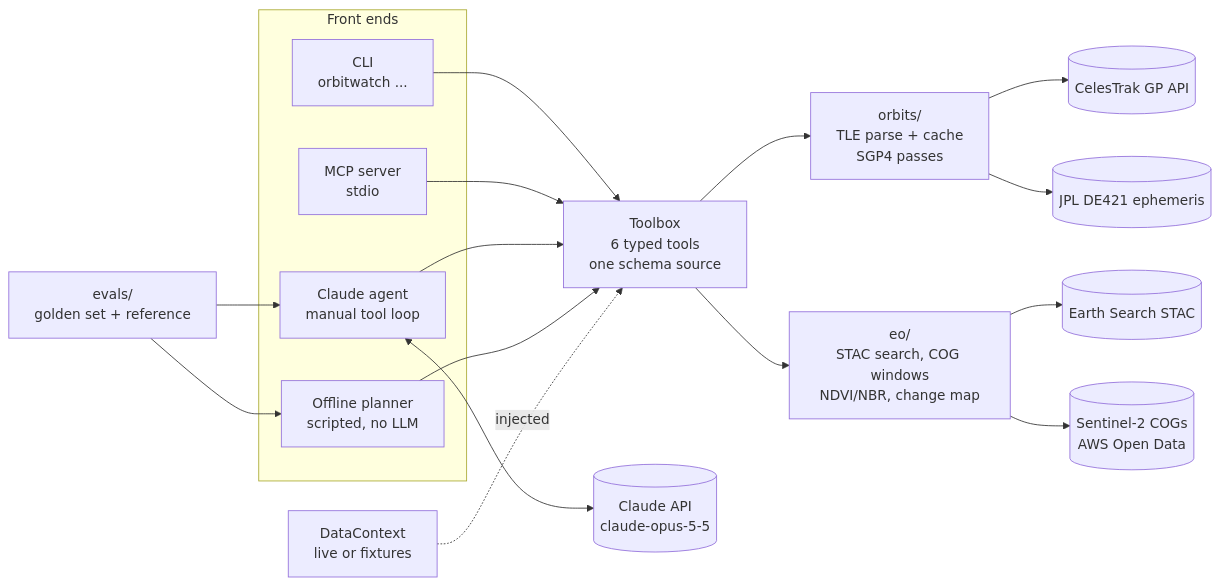
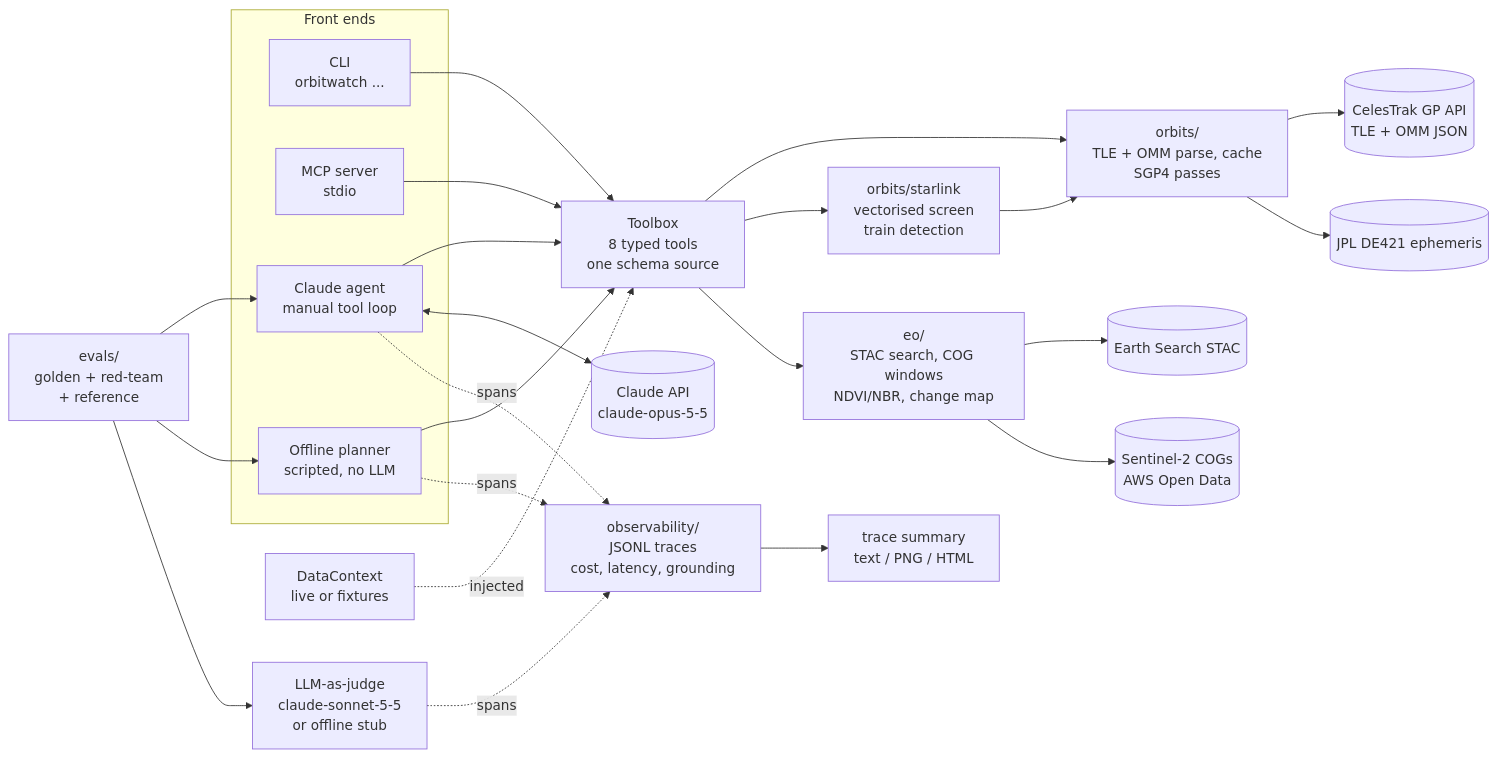
The diagram in README.md (KyleSau/orbitwatch), drawn with Mermaid before and after one commit. The commit also changed other lines of this file and 3 other files, not shown here.

First line of the commit message:
Document Starlink mode, tracing, red-teaming and the judge

````diff
--- a/README.md
+++ b/README.md
@@ -52,24 +73,31 @@
 ```mermaid
 flowchart LR
     subgraph fronts[Front ends]
         CLI[CLI<br/>orbitwatch ...]
         MCP[MCP server<br/>stdio]
         AGENT[Claude agent<br/>manual tool loop]
         PLAN[Offline planner<br/>scripted, no LLM]
     end
-    TB[Toolbox<br/>6 typed tools<br/>one schema source]
+    TB[Toolbox<br/>8 typed tools<br/>one schema source]
     CLI --> TB
     MCP --> TB
     AGENT --> TB
     PLAN --> TB
     CTX[DataContext<br/>live or fixtures] -. injected .-> TB
-    TB --> ORB[orbits/<br/>TLE parse + cache<br/>SGP4 passes]
+    TB --> ORB[orbits/<br/>TLE + OMM parse, cache<br/>SGP4 passes]
+    TB --> SL[orbits/starlink<br/>vectorised screen<br/>train detection]
+    SL --> ORB
     TB --> EO[eo/<br/>STAC search, COG windows<br/>NDVI/NBR, change map]
-    ORB --> CT[(CelesTrak GP API)]
+    ORB --> CT[(CelesTrak GP API<br/>TLE + OMM JSON)]
     ORB --> JPL[(JPL DE421 ephemeris)]
     EO --> ES[(Earth Search STAC)]
     EO --> COG[(Sentinel-2 COGs<br/>AWS Open Data)]
     AGENT <--> API[(Claude API<br/>claude-opus-5-5)]
-    EVALS[evals/<br/>golden set + reference] --> AGENT
+    AGENT -. spans .-> TR[observability/<br/>JSONL traces<br/>cost, latency, grounding]
+    PLAN -. spans .-> TR
+    TR --> REP[trace summary<br/>text / PNG / HTML]
+    EVALS[evals/<br/>golden + red-team<br/>+ reference] --> AGENT
     EVALS --> PLAN
+    EVALS --> JUDGE[LLM-as-judge<br/>claude-sonnet-5-5<br/>or offline stub]
+    JUDGE -. spans .-> TR
 ```
````
